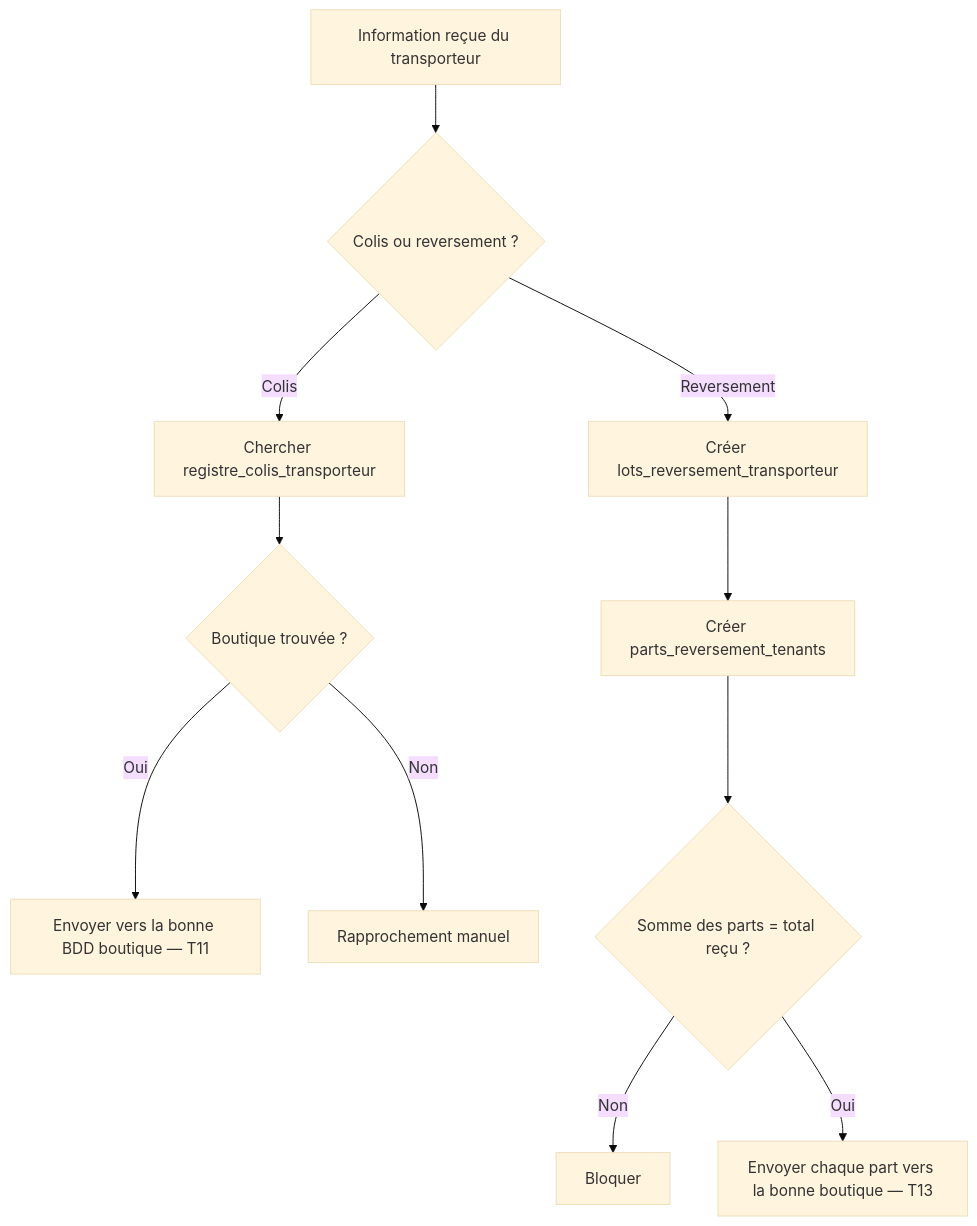
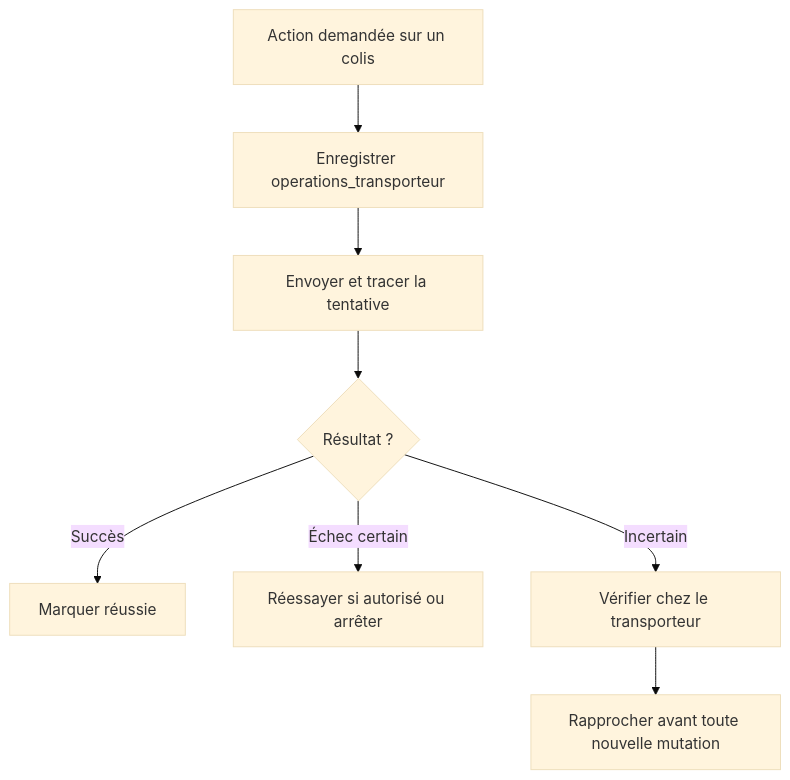
Before and after one commit to unitealfa/saas-ecom: diagram 12 of 23 in BDD-centrale-C1-C14-explication-simple.md, drawn with Mermaid (base theme). The commit also changed other lines of this file, not shown here.

````diff
--- a/BDD-centrale-C1-C14-explication-simple.md
+++ b/BDD-centrale-C1-C14-explication-simple.md
@@ -549,15 +641,10 @@
 ```mermaid
 flowchart TD
-    A["Information reçue du transporteur"] --> B{"Colis ou reversement ?"}
-
-    B -->|Colis| C["Chercher registre_colis_transporteur"]
-    C --> D{"Boutique trouvée ?"}
-    D -->|Oui| E["Envoyer vers la bonne BDD boutique — T11"]
-    D -->|Non| F["Rapprochement manuel"]
-
-    B -->|Reversement| G["Créer lots_reversement_transporteur"]
-    G --> H["Créer parts_reversement_tenants"]
-    H --> I{"Somme des parts = total reçu ?"}
-    I -->|Non| J["Bloquer"]
-    I -->|Oui| K["Envoyer chaque part vers la bonne boutique — T13"]
+    A["Action demandée sur un colis"] --> B["Enregistrer operations_transporteur"]
+    B --> C["Envoyer et tracer la tentative"]
+    C --> D{"Résultat ?"}
+    D -->|Succès| E["Marquer réussie"]
+    D -->|Échec certain| F["Réessayer si autorisé ou arrêter"]
+    D -->|Incertain| G["Vérifier chez le transporteur"]
+    G --> H["Rapprocher avant toute nouvelle mutation"]
 ```
````
